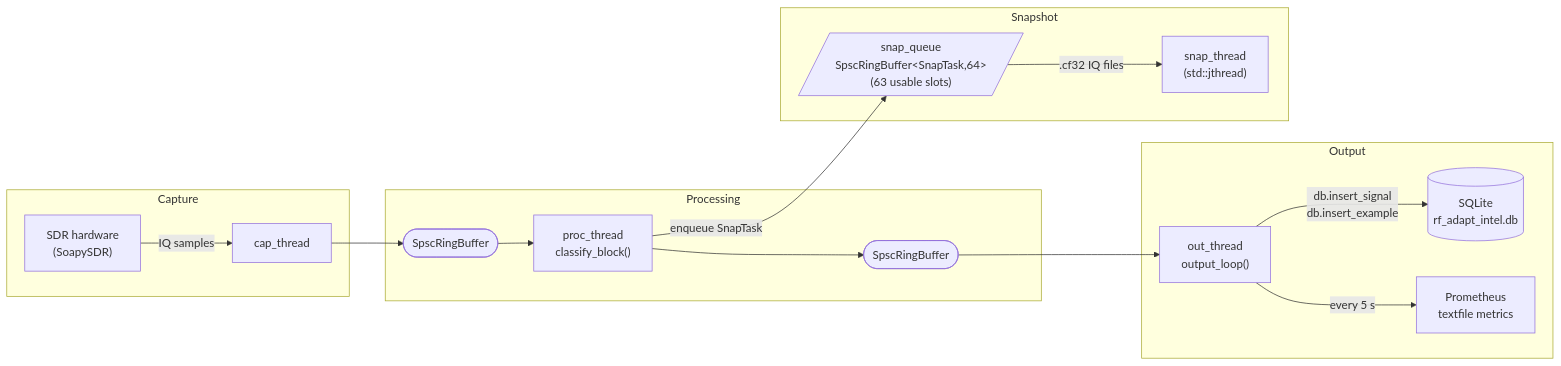
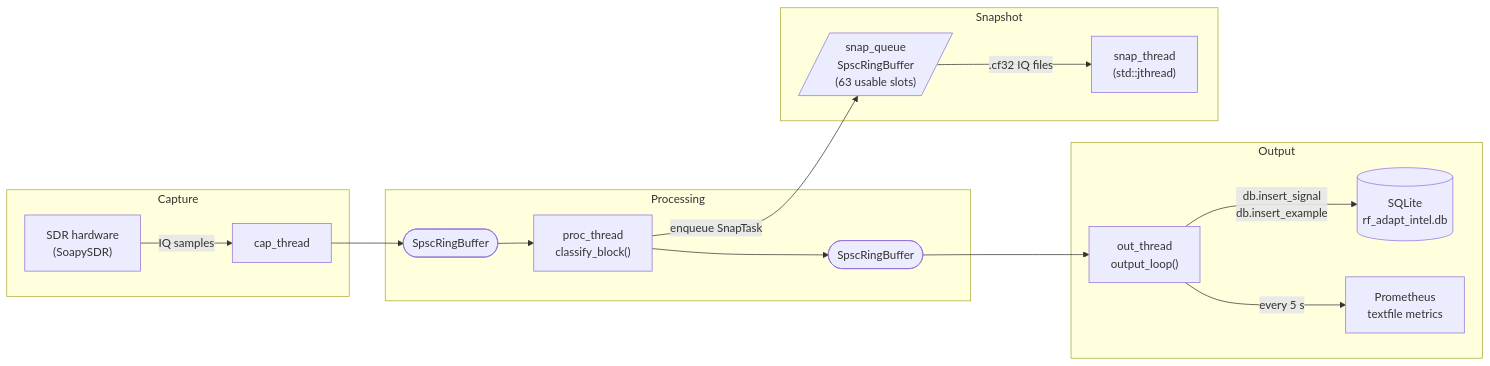
One commit to foxrouter/meek changed the diagram in README.md. Above: the diagram before and after it, drawn with Mermaid. The commit also changed other lines of this file and 1 other file, not shown here.

First line of the commit message:
docs: fix Mermaid HTML entities, update meek_report.py examples with explicit --db path

````diff
--- a/README.md
+++ b/README.md
@@ -120,32 +120,32 @@
 ```mermaid
 flowchart LR
     subgraph Capture
         SDR["SDR hardware\n(SoapySDR)"]
         cap["cap_thread"]
         SDR -->|IQ samples| cap
     end
 
     subgraph Processing
         rb1(["SpscRingBuffer\n<SampleBlock, 64>"])
         proc["proc_thread\nclassify_block()"]
         rb2(["SpscRingBuffer\n<ClassificationResult, 64>"])
         cap --> rb1 --> proc --> rb2
     end
 
     subgraph Output
         out["out_thread\noutput_loop()"]
         db[("SQLite\nrf_adapt_intel.db")]
         prom["Prometheus\ntextfile metrics"]
         rb2 --> out
         out -->|"db.insert_signal\ndb.insert_example"| db
         out -->|"every 5 s"| prom
     end
 
     subgraph Snapshot
-        sq[/"snap_queue\nSpscRingBuffer&lt;SnapTask,64&gt;\n(63 usable slots)"/]
+        sq[/"snap_queue\nSpscRingBuffer<SnapTask, 64>\n(63 usable slots)"/]
         snap["snap_thread\n(std::jthread)"]
         sq -->|".cf32 IQ files"| snap
     end
 
     proc -->|"enqueue SnapTask"| sq
 ```
````
